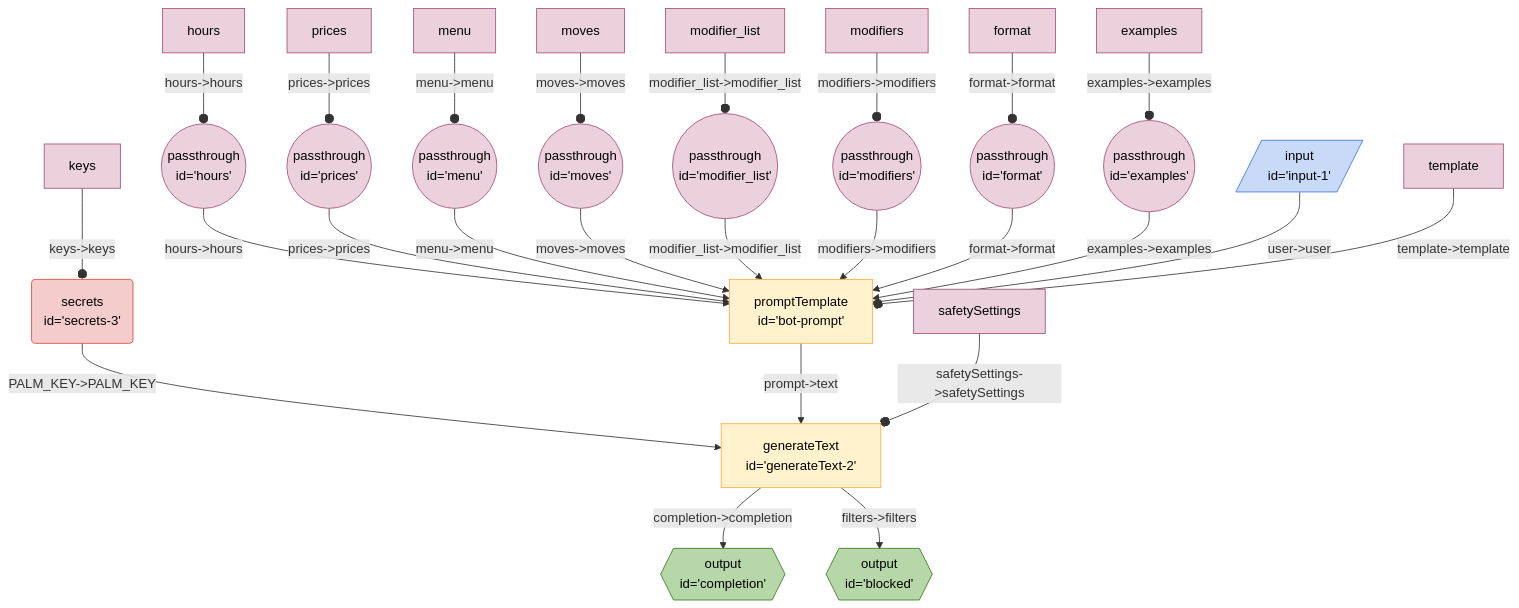
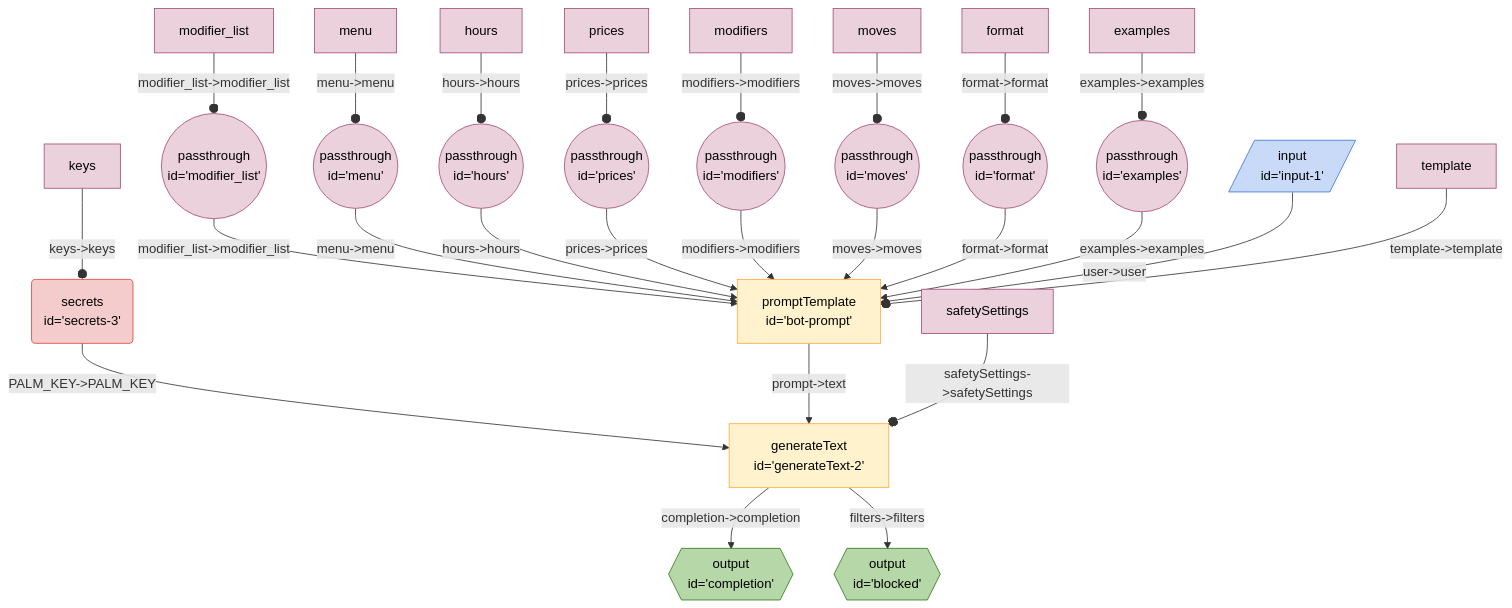
One commit to breadboard-ai/breadboard changed the diagram in seeds/coffe-bot-board/docs/coffee-bot.md. Above: the diagram before and after it, drawn with Mermaid. The commit also changed other lines of this file and 29 other files, not shown here.

````diff
--- a/seeds/coffe-bot-board/docs/coffee-bot.md
+++ b/seeds/coffe-bot-board/docs/coffee-bot.md
@@ -3,36 +3,36 @@
 ```mermaid
 %%{init: 'themeVariables': { 'fontFamily': 'Fira Code, monospace' }}%%
 graph TD;
+modifier_list(("passthrough <br> id='modifier_list'")):::passthrough -- "modifier_list->modifier_list" --> botprompt["promptTemplate <br> id='bot-prompt'"]
+menu(("passthrough <br> id='menu'")):::passthrough -- "menu->menu" --> botprompt["promptTemplate <br> id='bot-prompt'"]
 hours(("passthrough <br> id='hours'")):::passthrough -- "hours->hours" --> botprompt["promptTemplate <br> id='bot-prompt'"]
 prices(("passthrough <br> id='prices'")):::passthrough -- "prices->prices" --> botprompt["promptTemplate <br> id='bot-prompt'"]
-menu(("passthrough <br> id='menu'")):::passthrough -- "menu->menu" --> botprompt["promptTemplate <br> id='bot-prompt'"]
+modifiers(("passthrough <br> id='modifiers'")):::passthrough -- "modifiers->modifiers" --> botprompt["promptTemplate <br> id='bot-prompt'"]
 moves(("passthrough <br> id='moves'")):::passthrough -- "moves->moves" --> botprompt["promptTemplate <br> id='bot-prompt'"]
-modifier_list(("passthrough <br> id='modifier_list'")):::passthrough -- "modifier_list->modifier_list" --> botprompt["promptTemplate <br> id='bot-prompt'"]
-modifiers(("passthrough <br> id='modifiers'")):::passthrough -- "modifiers->modifiers" --> botprompt["promptTemplate <br> id='bot-prompt'"]
 format(("passthrough <br> id='format'")):::passthrough -- "format->format" --> botprompt["promptTemplate <br> id='bot-prompt'"]
 examples(("passthrough <br> id='examples'")):::passthrough -- "examples->examples" --> botprompt["promptTemplate <br> id='bot-prompt'"]
 generateText2["generateText <br> id='generateText-2'"] -- "completion->completion" --> completion{{"output <br> id='completion'"}}:::output
 generateText2["generateText <br> id='generateText-2'"] -- "filters->filters" --> blocked{{"output <br> id='blocked'"}}:::output
 secrets3("secrets <br> id='secrets-3'"):::secrets -- "PALM_KEY->PALM_KEY" --> generateText2["generateText <br> id='generateText-2'"]
 botprompt["promptTemplate <br> id='bot-prompt'"] -- "prompt->text" --> generateText2["generateText <br> id='generateText-2'"]
 input1[/"input <br> id='input-1'"/]:::input -- "user->user" --> botprompt["promptTemplate <br> id='bot-prompt'"]
 templatebotprompt[template]:::config -- "template->template" --o botprompt
+modifier_listmodifier_list[modifier_list]:::config -- "modifier_list->modifier_list" --o modifier_list
+menumenu[menu]:::config -- "menu->menu" --o menu
 hourshours[hours]:::config -- "hours->hours" --o hours
 pricesprices[prices]:::config -- "prices->prices" --o prices
-menumenu[menu]:::config -- "menu->menu" --o menu
+modifiersmodifiers[modifiers]:::config -- "modifiers->modifiers" --o modifiers
 movesmoves[moves]:::config -- "moves->moves" --o moves
-modifier_listmodifier_list[modifier_list]:::config -- "modifier_list->modifier_list" --o modifier_list
-modifiersmodifiers[modifiers]:::config -- "modifiers->modifiers" --o modifiers
 formatformat[format]:::config -- "format->format" --o format
 examplesexamples[examples]:::config -- "examples->examples" --o examples
 safetySettingsgenerateText2[safetySettings]:::config -- "safetySettings->safetySettings" --o generateText2
 keyssecrets3[keys]:::config -- "keys->keys" --o secrets3
 classDef default stroke:#ffab40,fill:#fff2ccff,color:#000
 classDef input stroke:#3c78d8,fill:#c9daf8ff,color:#000
 classDef output stroke:#38761d,fill:#b6d7a8ff,color:#000
 classDef passthrough stroke:#a64d79,fill:#ead1dcff,color:#000
 classDef slot stroke:#a64d79,fill:#ead1dcff,color:#000
 classDef config stroke:#a64d79,fill:#ead1dcff,color:#000
 classDef secrets stroke:#db4437,fill:#f4cccc,color:#000
 classDef slotted stroke:#a64d79
 ```
````
